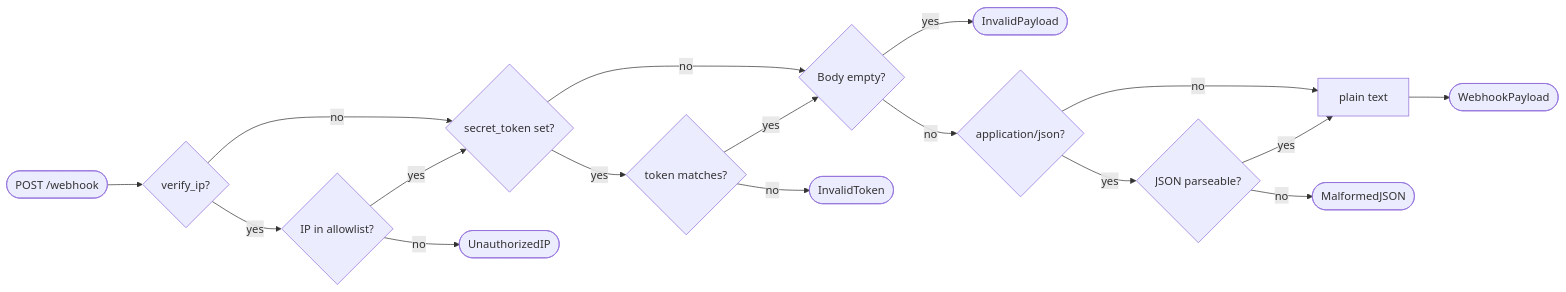
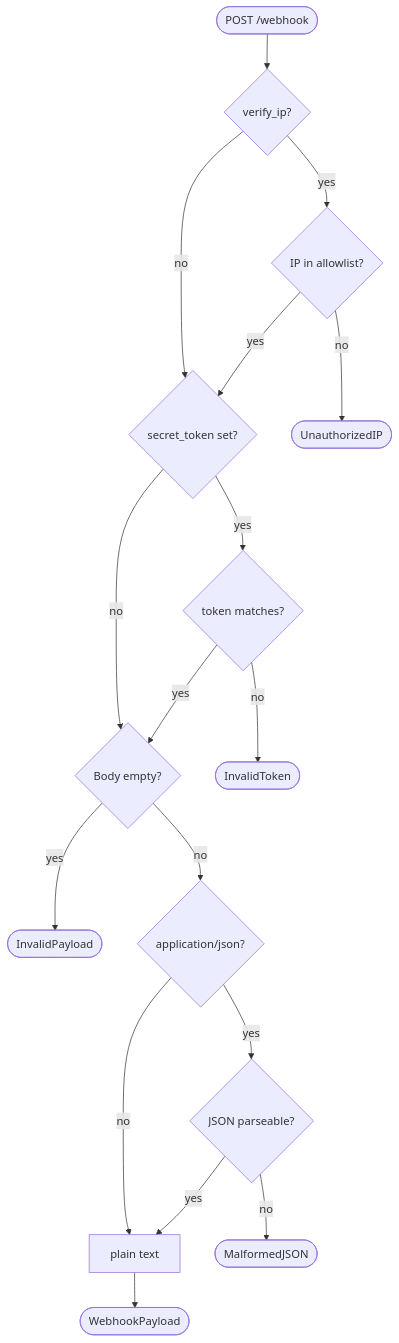
The diagram in README.md (ZB-Bondy/Tradingview-webhook), drawn with Mermaid before and after one commit.

Commit message:
switch flow diagram to top-down layout

````diff
--- a/README.md
+++ b/README.md
@@ -253,27 +253,27 @@
 ```mermaid
-graph LR
+graph TD
     A([POST /webhook]) --> B{verify_ip?}
 
     B -- yes --> C{IP in allowlist?}
     B -- no --> F
 
     C -- no --> D([UnauthorizedIP])
     C -- yes --> F
 
     F{secret_token set?} -- yes --> G{token matches?}
     F -- no --> J
 
     G -- no --> H([InvalidToken])
     G -- yes --> J
 
     J{Body empty?} -- yes --> K([InvalidPayload])
     J -- no --> L{application/json?}
 
     L -- yes --> M{JSON parseable?}
     L -- no --> P[plain text]
 
     M -- no --> N([MalformedJSON])
     M -- yes --> P
 
     P --> Q([WebhookPayload])
 ```
````
